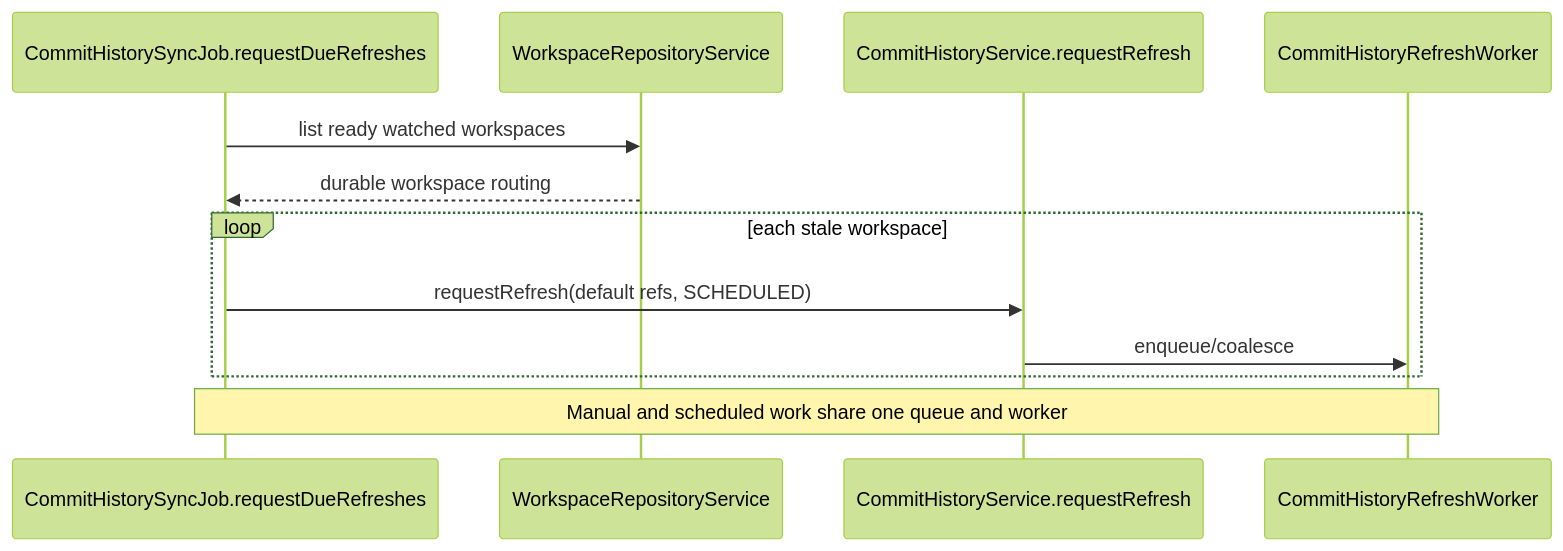
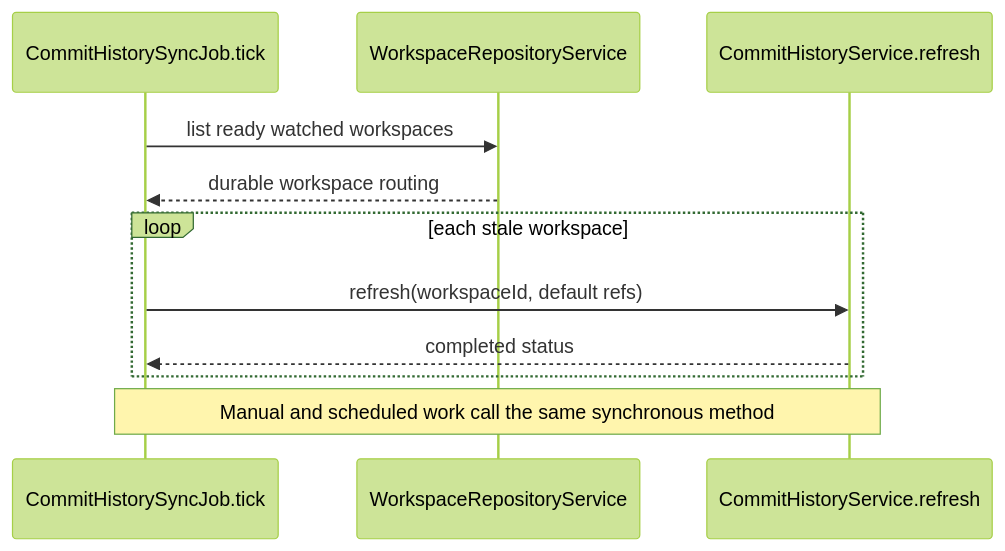
One commit to bytequay/bytequay changed the third of 3 diagrams in docs/design/commits.md. Above: the diagram before and after it, drawn with Mermaid (forest theme). The commit also changed other lines of this file and 28 other files, not shown here.

Commit message:
Refresh commit history directly

````diff
--- a/docs/design/commits.md
+++ b/docs/design/commits.md
@@ -455,15 +433,14 @@
 ```mermaid
 sequenceDiagram
-    participant Job as CommitHistorySyncJob.requestDueRefreshes
+    participant Job as CommitHistorySyncJob.tick
     participant Workspaces as WorkspaceRepositoryService
-    participant Service as CommitHistoryService.requestRefresh
-    participant Worker as CommitHistoryRefreshWorker
+    participant Service as CommitHistoryService.refresh
 
     Job->>Workspaces: list ready watched workspaces
     Workspaces-->>Job: durable workspace routing
     loop each stale workspace
-        Job->>Service: requestRefresh(default refs, SCHEDULED)
-        Service->>Worker: enqueue/coalesce
+        Job->>Service: refresh(workspaceId, default refs)
+        Service-->>Job: completed status
     end
-    Note over Job,Worker: Manual and scheduled work share one queue and worker
+    Note over Job,Service: Manual and scheduled work call the same synchronous method
 ```
````
